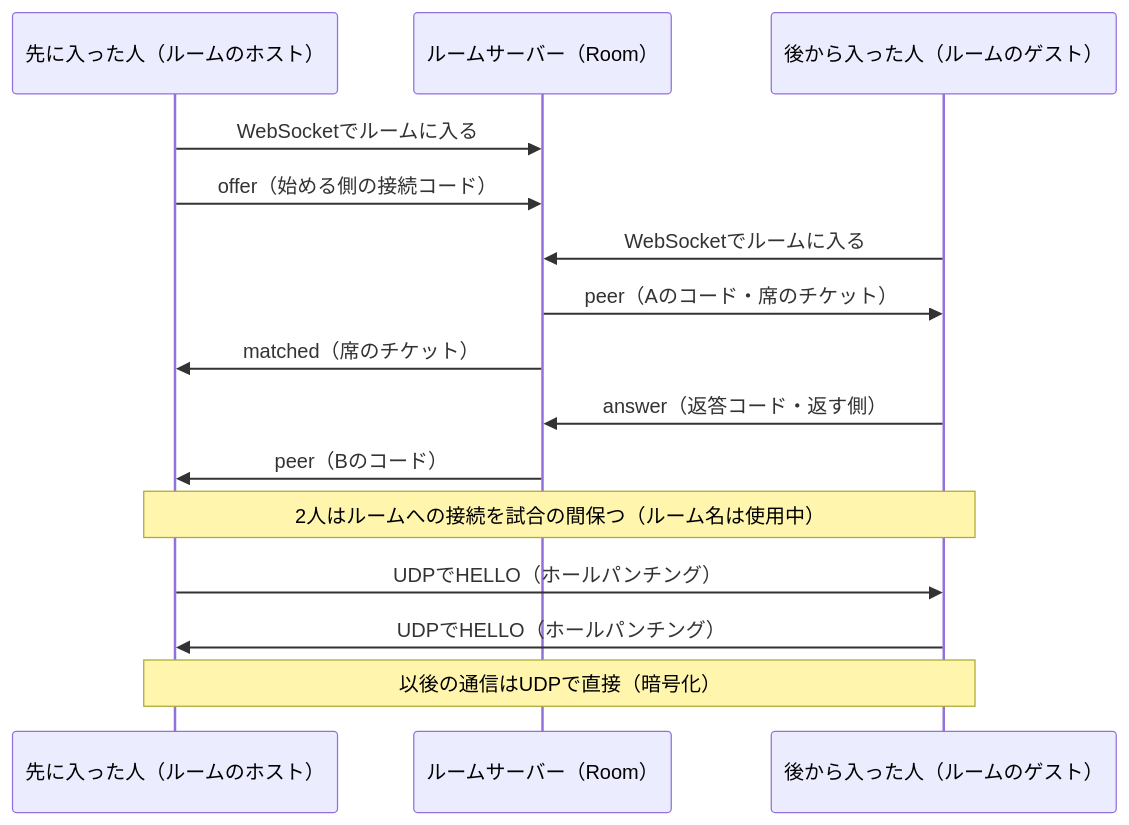
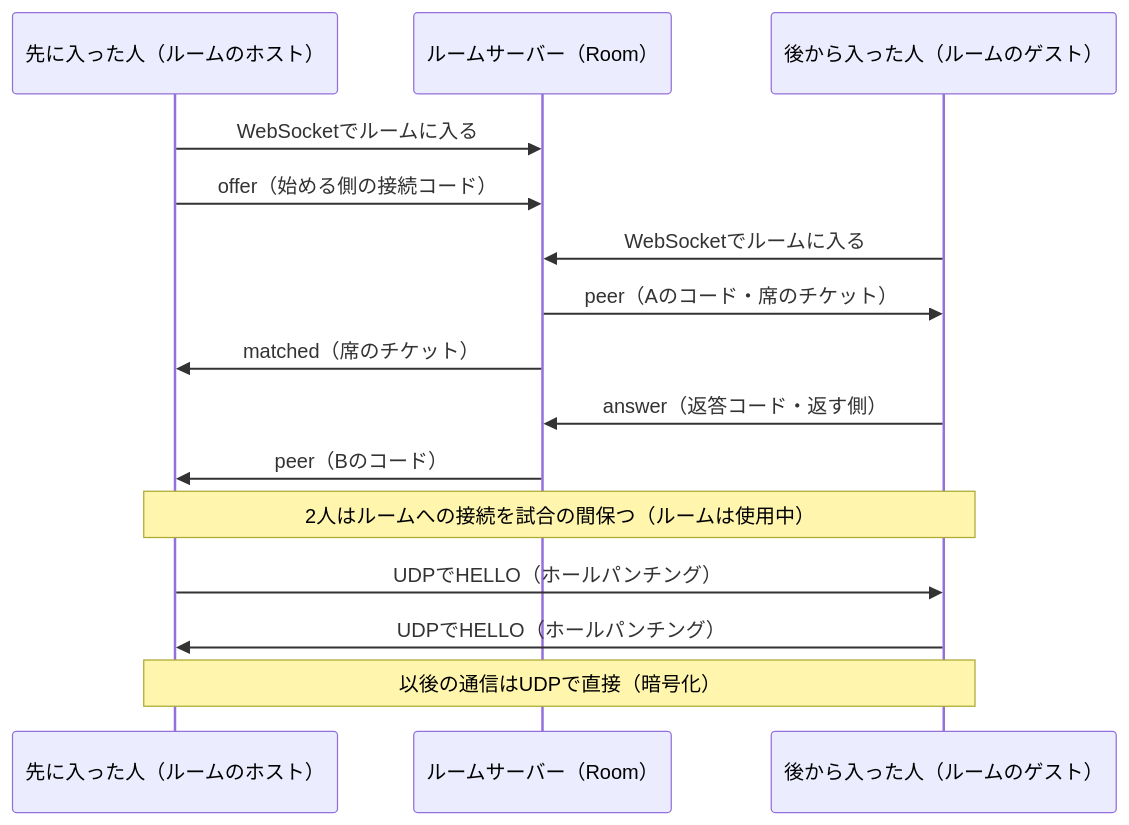
The second of 2 diagrams in TECHNICAL.md (Mako-th/HiganRTool), drawn with Mermaid before and after one commit. The commit also changed other lines of this file and 99 other files, not shown here.

````diff
--- a/TECHNICAL.md
+++ b/TECHNICAL.md
@@ -527,17 +529,17 @@
 ```mermaid
 sequenceDiagram
   participant A as 先に入った人（ルームのホスト）
   participant S as ルームサーバー（Room）
   participant B as 後から入った人（ルームのゲスト）
   A->>S: WebSocketでルームに入る
   A->>S: offer（始める側の接続コード）
   B->>S: WebSocketでルームに入る
   S->>B: peer（Aのコード・席のチケット）
   S->>A: matched（席のチケット）
   B->>S: answer（返答コード・返す側）
   S->>A: peer（Bのコード）
-  Note over A,B: 2人はルームへの接続を試合の間保つ（ルーム名は使用中）
+  Note over A,B: 2人はルームへの接続を試合の間保つ（ルームは使用中）
   A->>B: UDPでHELLO（ホールパンチング）
   B->>A: UDPでHELLO（ホールパンチング）
   Note over A,B: 以後の通信はUDPで直接（暗号化）
 ```
````
